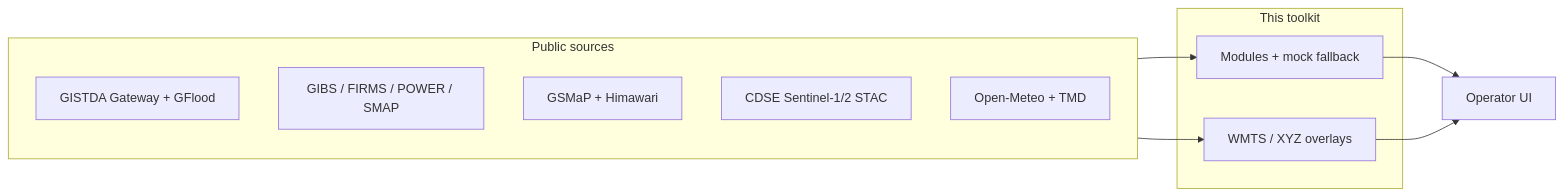
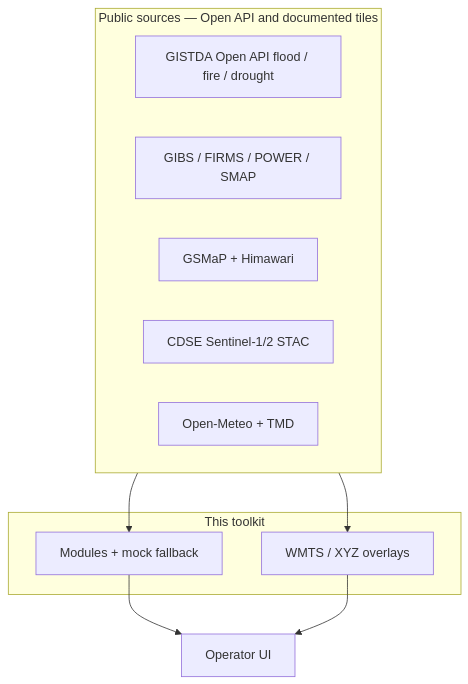
The diagram in README.md (Nonarkara/DrNon-Global-Satellite-Toolkit), drawn with Mermaid before and after one commit. The commit also changed other lines of this file and 1 other file, not shown here.

````diff
--- a/README.md
+++ b/README.md
@@ -464,16 +47,16 @@
 ```mermaid
-flowchart LR
-  subgraph sources [Public sources]
-    GISTDA[GISTDA Gateway + GFlood]
+flowchart TB
+  subgraph sources [Public sources — Open API and documented tiles]
+    GISTDA[GISTDA Open API flood / fire / drought]
     NASA[GIBS / FIRMS / POWER / SMAP]
     JAXA[GSMaP + Himawari]
     CDSE[CDSE Sentinel-1/2 STAC]
     WX[Open-Meteo + TMD]
   end
   subgraph app [This toolkit]
     MOD[Modules + mock fallback]
     OV[WMTS / XYZ overlays]
   end
   sources --> MOD --> UI[Operator UI]
   sources --> OV --> UI
 ```
````
